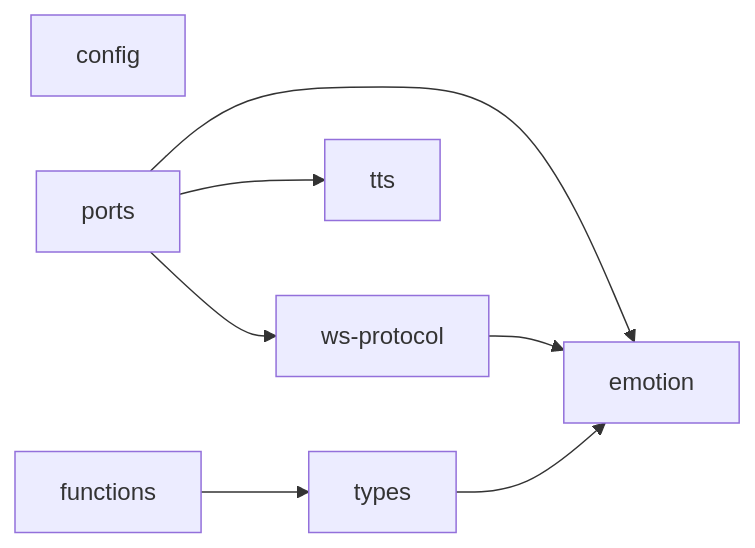
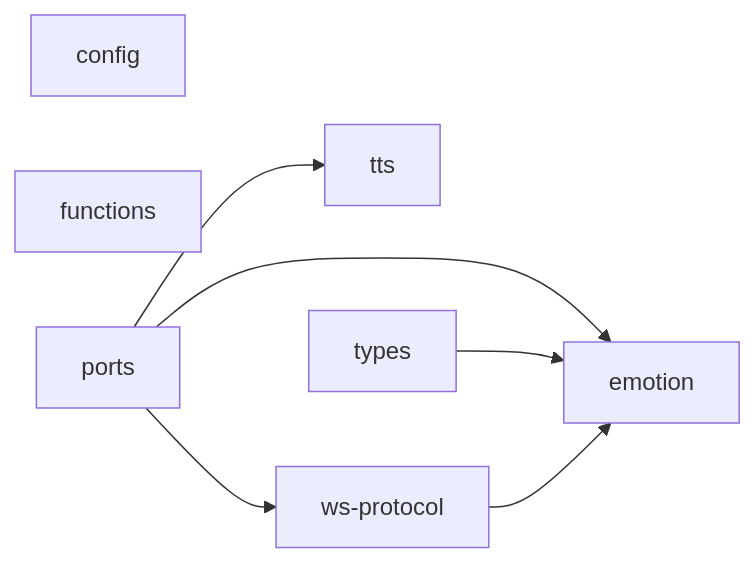
One commit to OJII3/vicissitude changed the diagram in packages/shared/DEPS.md. Above: the diagram before and after it, drawn with Mermaid. The commit also changed other lines of this file and 13 other files, not shown here.

````diff
--- a/packages/shared/DEPS.md
+++ b/packages/shared/DEPS.md
@@ -7,12 +7,12 @@
 ```mermaid
 graph LR
   config
   emotion
-  functions --> types
+  functions
   ports --> emotion
   ports --> tts
   ports --> ws_protocol["ws-protocol"]
   tts
   types --> emotion
   ws_protocol["ws-protocol"] --> emotion
 ```
````
